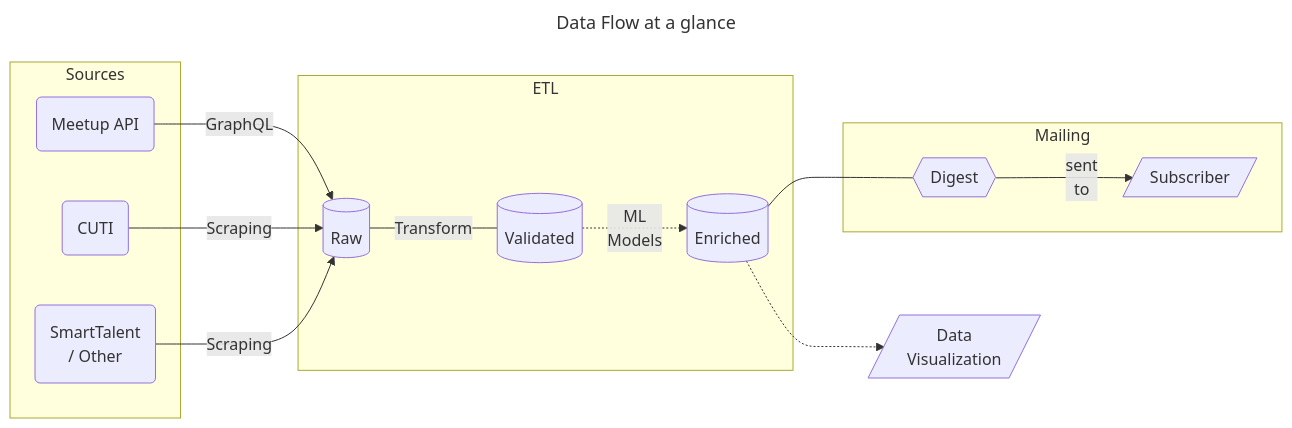
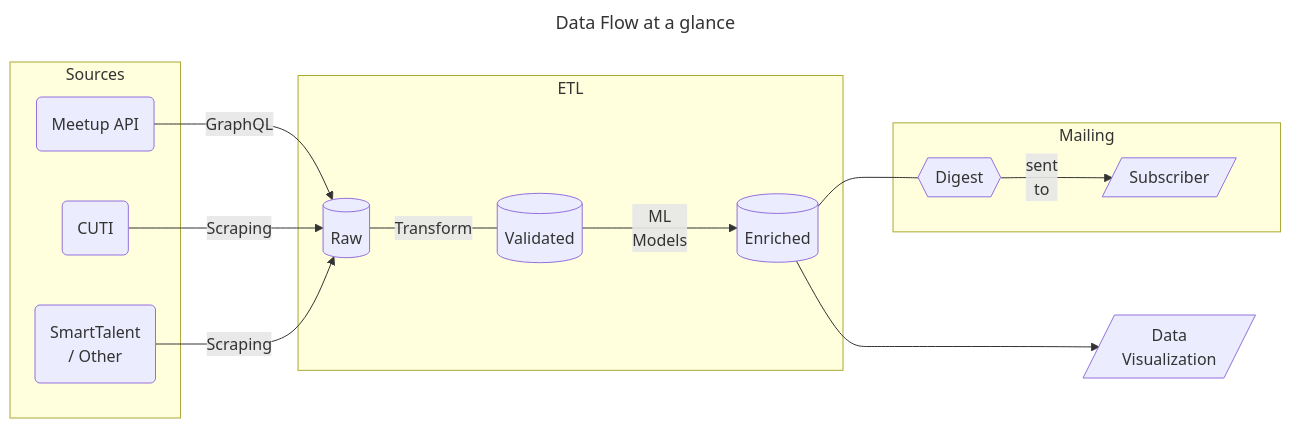
The first of 3 diagrams in docs/architecture.md (IgVincon/bytes-of-uy), drawn with Mermaid before and after one commit. The commit also changed other lines of this file, not shown here.

````diff
--- a/docs/architecture.md
+++ b/docs/architecture.md
@@ -13,29 +13,29 @@
 ```mermaid
 ---
 title: Data Flow at a glance
 ---
 flowchart LR
     subgraph Sources
         A(Meetup API)
         B(CUTI)
         C(SmartTalent</br> / Other)
     end
     subgraph ETL
         D[(Raw)]
         E[(Validated)]
         F[(Enriched)]
     end
     subgraph Mailing
         G{{Digest}}
         H[/Subscriber/]
     end
     I[/Data</br> Visualization/]
 
     A -->|GraphQL| D
     B -->|Scraping| D
     C -->|Scraping| D
     
-    D ---|Transform| E -.->|ML</br> Models| F
+    D ---|Transform| E --->|ML</br> Models| F
     F --- G -->|sent</br> to| H
-    F -.-> I
+    F ---> I
 ```
````
